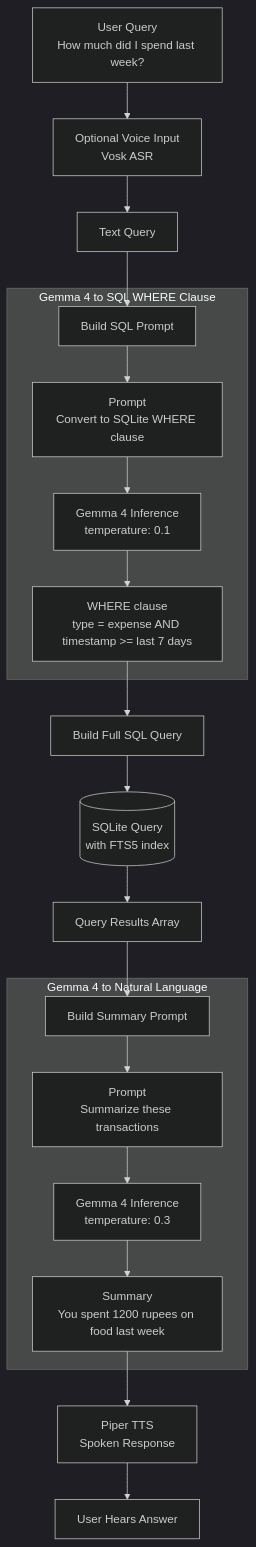
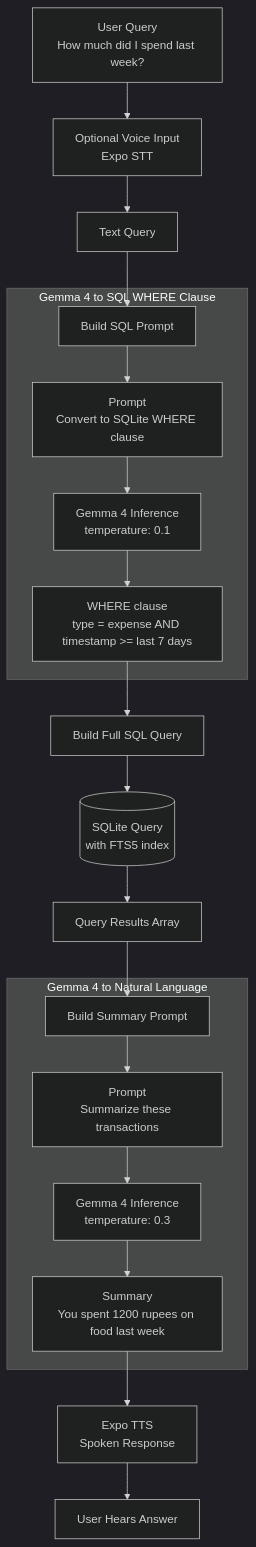
Before and after one commit to relativity-codes/Ledger: the fourth of 10 diagrams in project-docs/ledger-aI-workflow-mermaid-diagrams.md, drawn with Mermaid (dark theme). The commit also changed other lines of this file and 4 other files, not shown here.

````diff
--- a/project-docs/ledger-aI-workflow-mermaid-diagrams.md
+++ b/project-docs/ledger-aI-workflow-mermaid-diagrams.md
@@ -157,38 +157,38 @@
 ```mermaid
 flowchart TD
 
     Query["User Query<br/>How much did I spend last week?"]
-        --> TTS1["Optional Voice Input<br/>Vosk ASR"]
+        --> TTS1["Optional Voice Input<br/>Expo STT"]
 
     TTS1 --> TextQuery[Text Query]
 
     TextQuery --> BuildPrompt[Build SQL Prompt]
 
     subgraph GemmaSQL["Gemma 4 to SQL WHERE Clause"]
         BuildPrompt --> SQLPrompt["Prompt<br/>Convert to SQLite WHERE clause"]
 
         SQLPrompt --> GemmaInfer["Gemma 4 Inference<br/>temperature: 0.1"]
 
         GemmaInfer --> WhereClause["WHERE clause<br/>type = expense AND timestamp >= last 7 days"]
     end
 
     WhereClause --> BuildQuery["Build Full SQL Query"]
 
     BuildQuery --> Execute[("SQLite Query<br/>with FTS5 index")]
 
     Execute --> Results[Query Results Array]
 
     Results --> BuildSummary[Build Summary Prompt]
 
     subgraph GemmaSummary["Gemma 4 to Natural Language"]
         BuildSummary --> SummaryPrompt["Prompt<br/>Summarize these transactions"]
 
         SummaryPrompt --> GemmaSumInfer["Gemma 4 Inference<br/>temperature: 0.3"]
 
         GemmaSumInfer --> SummaryText["Summary<br/>You spent 1200 rupees on food last week"]
     end
 
-    SummaryText --> TTS2["Piper TTS<br/>Spoken Response"]
+    SummaryText --> TTS2["Expo TTS<br/>Spoken Response"]
 
     TTS2 --> User[User Hears Answer]
 ```
````
